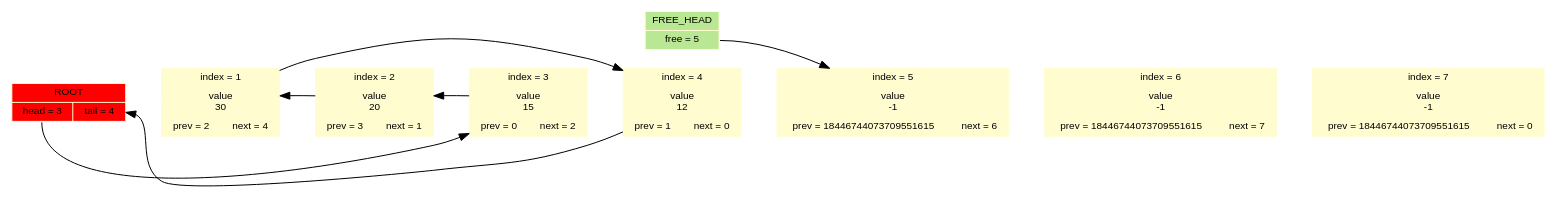
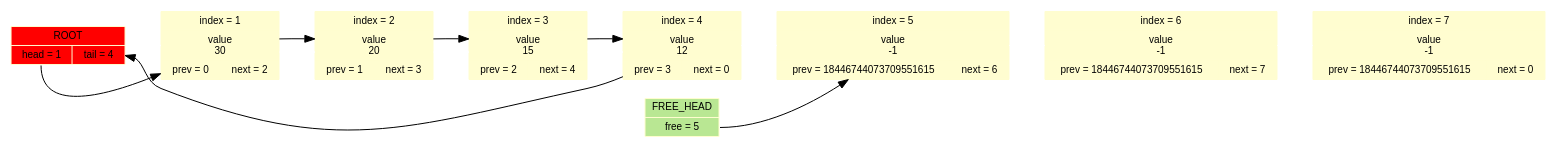
One commit to aidenfmunro/HashTable changed the diagram in log/dot/result_4.dot. Above: the diagram before and after it, drawn with Graphviz. The commit also changed 15 other files, not shown here.

```diff
--- a/log/dot/result_4.dot
+++ b/log/dot/result_4.dot
@@ -1,18 +1,18 @@
   digraph
   {
   rankdir = LR;
   node [shape = record, color = "#fffdd0", fontname = helvetica, fontsize = 10];
   bgcolor = "#ffffff";
-  ROOT[style = "filled", fillcolor = "#ff0000",   label = "ROOT|{<head>head = 3|<tail>tail = 4}"];
+  ROOT[style = "filled", fillcolor = "#ff0000",   label = "ROOT|{<head>head = 1|<tail>tail = 4}"];
   FREE_HEAD[style = "filled", fillcolor = "#b9e793",   label = "FREE_HEAD|<free>free = 5"];
-  NODE_1[style = "filled", fillcolor = "#fffdd0",   label = "index = 1|value\n30|{prev = 2|next = 4}"];
-  NODE_2[style = "filled", fillcolor = "#fffdd0",   label = "index = 2|value\n20|{prev = 3|next = 1}"];
-  NODE_3[style = "filled", fillcolor = "#fffdd0",   label = "index = 3|value\n15|{prev = 0|next = 2}"];
-  NODE_4[style = "filled", fillcolor = "#fffdd0",   label = "index = 4|value\n12|{prev = 1|next = 0}"];
+  NODE_1[style = "filled", fillcolor = "#fffdd0",   label = "index = 1|value\n30|{prev = 0|next = 2}"];
+  NODE_2[style = "filled", fillcolor = "#fffdd0",   label = "index = 2|value\n20|{prev = 1|next = 3}"];
+  NODE_3[style = "filled", fillcolor = "#fffdd0",   label = "index = 3|value\n15|{prev = 2|next = 4}"];
+  NODE_4[style = "filled", fillcolor = "#fffdd0",   label = "index = 4|value\n12|{prev = 3|next = 0}"];
   NODE_5[style = "filled", fillcolor = "#fffdd0",   label = "index = 5|value\n-1|{prev = 18446744073709551615|next = 6}"];
   NODE_6[style = "filled", fillcolor = "#fffdd0",   label = "index = 6|value\n-1|{prev = 18446744073709551615|next = 7}"];
   NODE_7[style = "filled", fillcolor = "#fffdd0",   label = "index = 7|value\n-1|{prev = 18446744073709551615|next = 0}"];
 ROOT->NODE_1->NODE_2->NODE_3->NODE_4->NODE_5->NODE_6->NODE_7 [weight = 100000, color = "#ffffff"];
-ROOT:head->NODE_3->NODE_2->NODE_1->NODE_4->ROOT:tail;
+ROOT:head->NODE_1->NODE_2->NODE_3->NODE_4->ROOT:tail;
 FREE_HEAD:free->NODE_5;
   }
```
